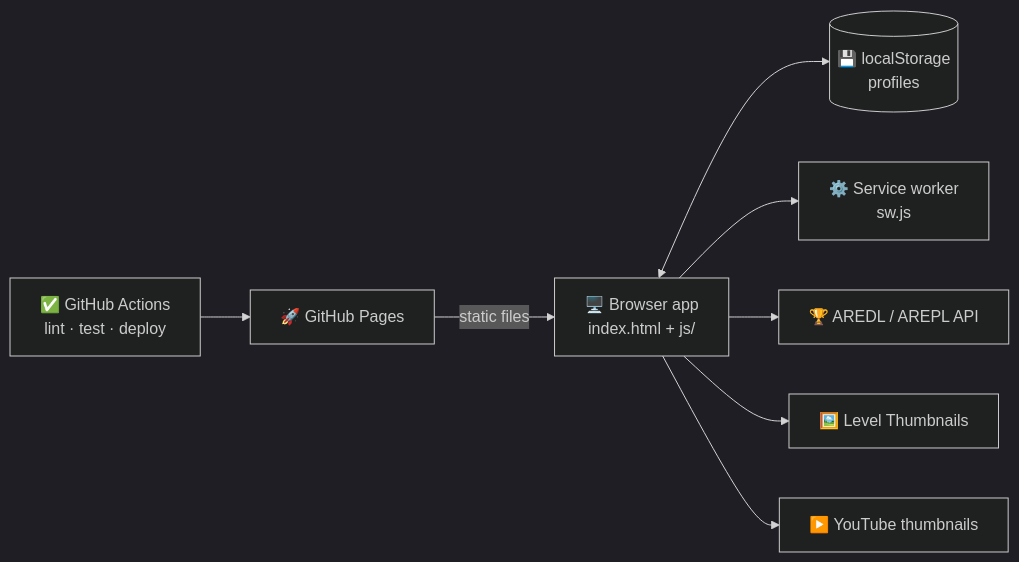
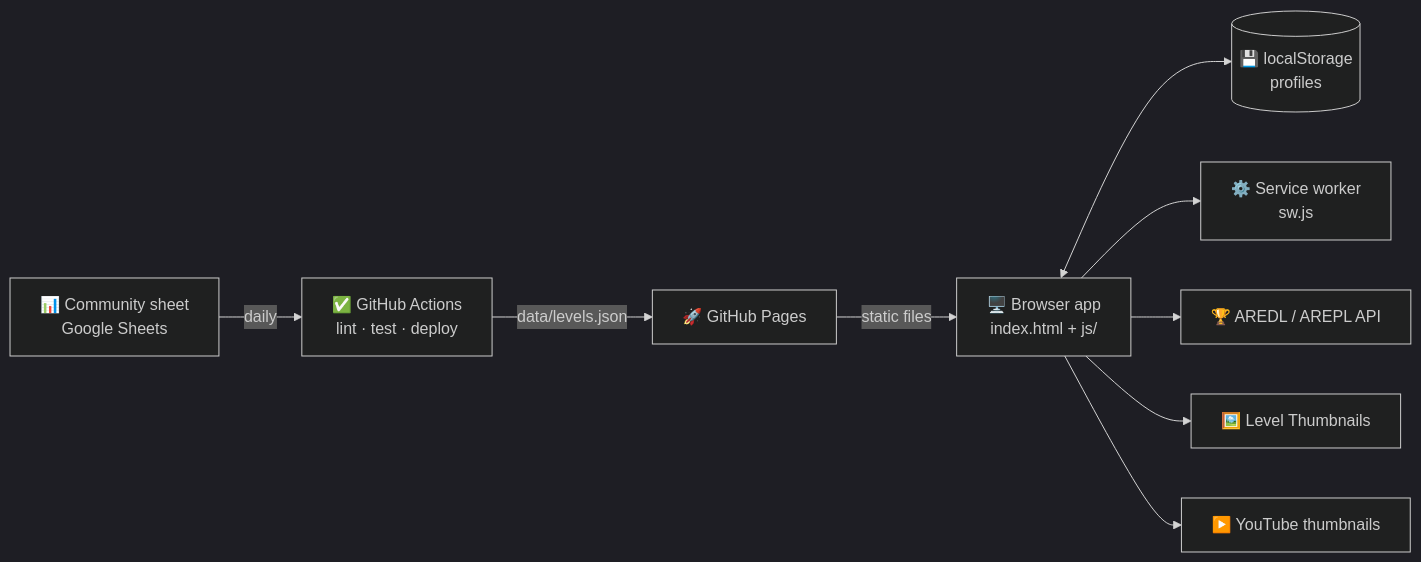
The diagram in README.md (Wal-014/Personal-Progress-List), drawn with Mermaid (dark theme) before and after one commit. The commit also changed other lines of this file and 12 other files, not shown here.

First line of the commit message:
Fill level IDs, creators and difficulties from the community sheet

````diff
--- a/README.md
+++ b/README.md
@@ -41,10 +42,11 @@
 ```mermaid
 flowchart LR
-    CI["✅ GitHub Actions<br/>lint · test · deploy"] --> GH
+    GS["📊 Community sheet<br/>Google Sheets"] -->|daily| CI
+    CI["✅ GitHub Actions<br/>lint · test · deploy"] -->|data/levels.json| GH
     GH["🚀 GitHub Pages"] -->|static files| B["🖥️ Browser app<br/>index.html + js/"]
     B <--> LS[("💾 localStorage<br/>profiles")]
     B --> SW["⚙️ Service worker<br/>sw.js"]
     B --> A["🏆 AREDL / AREPL API"]
     B --> T["🖼️ Level Thumbnails"]
     B --> Y["▶️ YouTube thumbnails"]
 ```
````
